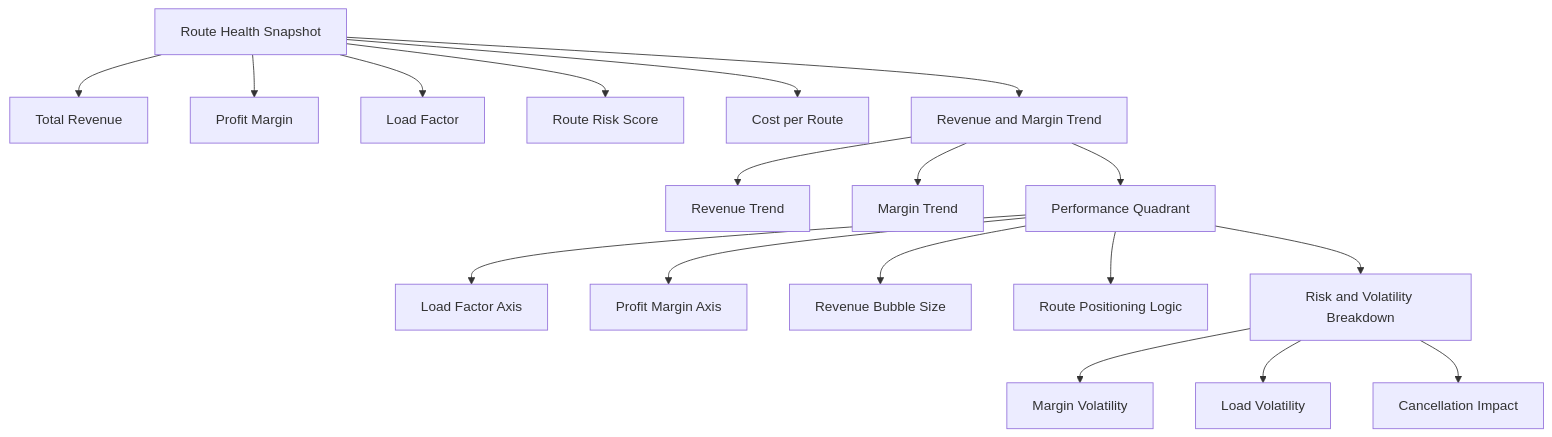
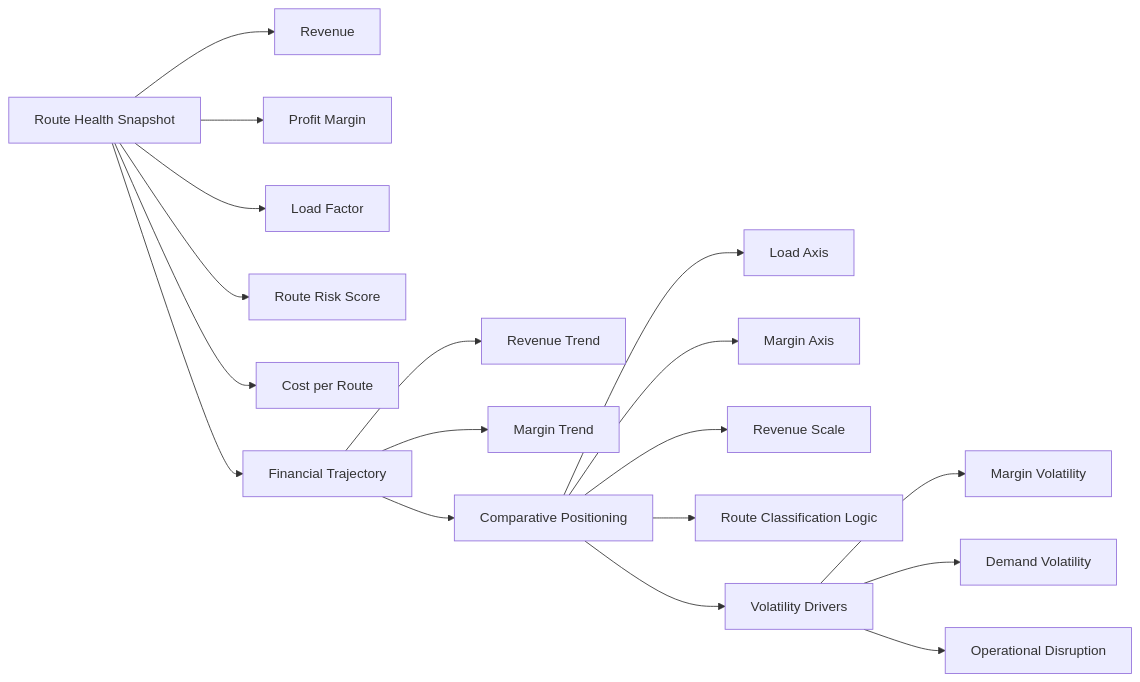
Before and after one commit to AwesomeAnil/Federated-Insights-Case-Study: the diagram in docs/route_analytics_architecture.md, drawn with Mermaid.

Commit message:
Update route_analytics_architecture.md
updating mermaid for page architecture

````diff
--- a/docs/route_analytics_architecture.md
+++ b/docs/route_analytics_architecture.md
@@ -35,47 +35,47 @@
 ```mermaid
-flowchart TB
+flowchart LR
 
     A[Route Health Snapshot]
-    A1[Total Revenue]
+    A1[Revenue]
     A2[Profit Margin]
     A3[Load Factor]
     A4[Route Risk Score]
     A5[Cost per Route]
 
-    B[Revenue and Margin Trend]
+    B[Financial Trajectory]
     B1[Revenue Trend]
     B2[Margin Trend]
 
-    C[Performance Quadrant]
-    C1[Load Factor Axis]
-    C2[Profit Margin Axis]
-    C3[Revenue Bubble Size]
-    C4[Route Positioning Logic]
+    C[Comparative Positioning]
+    C1[Load Axis]
+    C2[Margin Axis]
+    C3[Revenue Scale]
+    C4[Route Classification Logic]
 
-    D[Risk and Volatility Breakdown]
+    D[Volatility Drivers]
     D1[Margin Volatility]
-    D2[Load Volatility]
-    D3[Cancellation Impact]
+    D2[Demand Volatility]
+    D3[Operational Disruption]
 
     A --> B
     B --> C
     C --> D
 
     A --> A1
     A --> A2
     A --> A3
     A --> A4
     A --> A5
 
     B --> B1
     B --> B2
 
     C --> C1
     C --> C2
     C --> C3
     C --> C4
 
     D --> D1
     D --> D2
     D --> D3
 ```
````
